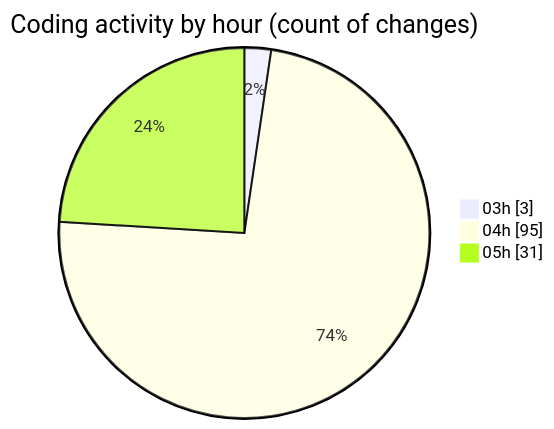
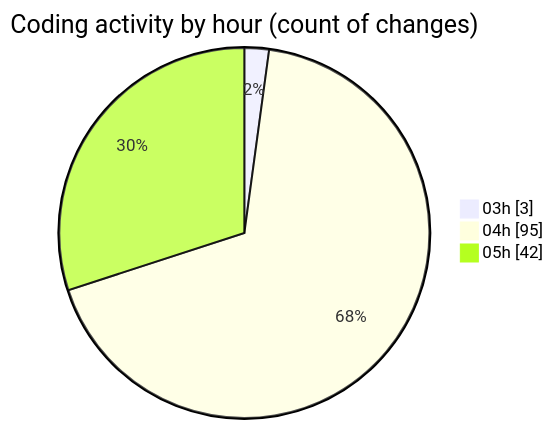
Before and after one commit to ernivani/code-tracking: the second of 2 diagrams in 2025-01-03/tinycms/README.md, drawn with Mermaid. The commit also changed other lines of this file and 2 other files, not shown here.

````diff
--- a/2025-01-03/tinycms/README.md
+++ b/2025-01-03/tinycms/README.md
@@ -55,7 +57,7 @@
 ```mermaid
 pie showData
 title Coding activity by hour (count of changes)
 "03h" : 3
 "04h" : 95
-"05h" : 31
+"05h" : 42
 ```
````
